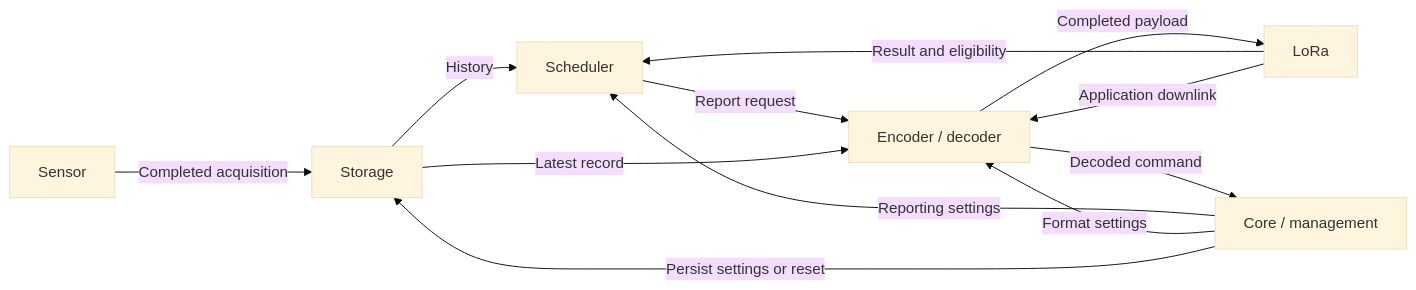
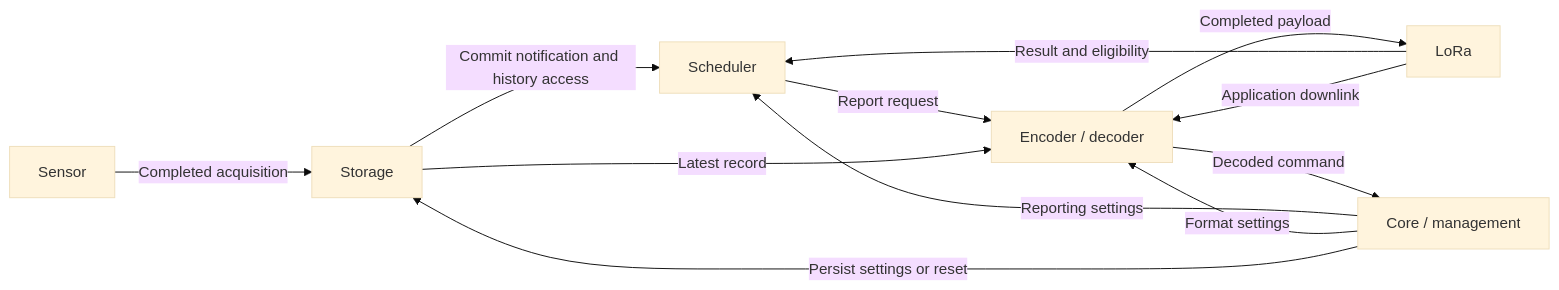
One commit to dstrifler/Obedient-Monitoring-Thermistor changed the diagram in SOFTWARE_DESIGN.md. Above: the diagram before and after it, drawn with Mermaid (base theme). The commit also changed other lines of this file, not shown here.

````diff
--- a/SOFTWARE_DESIGN.md
+++ b/SOFTWARE_DESIGN.md
@@ -77,14 +79,14 @@
 ```mermaid
 flowchart LR
     Sensor -->|Completed acquisition| Storage
-    Storage -->|History| Scheduler
+    Storage -->|Commit notification and history access| Scheduler
     Scheduler -->|Report request| Codec[Encoder / decoder]
     Storage -->|Latest record| Codec
     Core[Core / management] -->|Reporting settings| Scheduler
     Core -->|Format settings| Codec
     Codec -->|Completed payload| LoRa
     LoRa -->|Result and eligibility| Scheduler
     LoRa -->|Application downlink| Codec
     Codec -->|Decoded command| Core
     Core -->|Persist settings or reset| Storage
 ```
````
